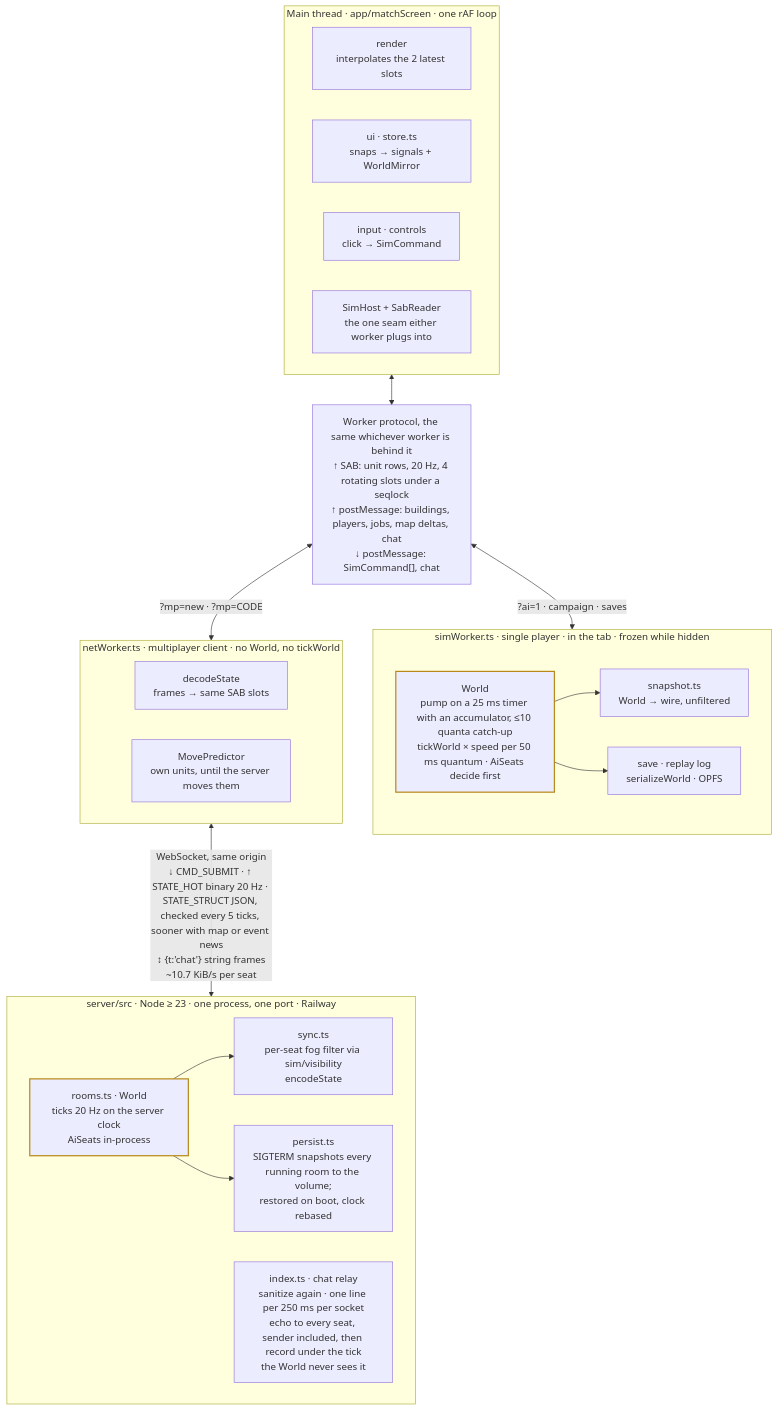
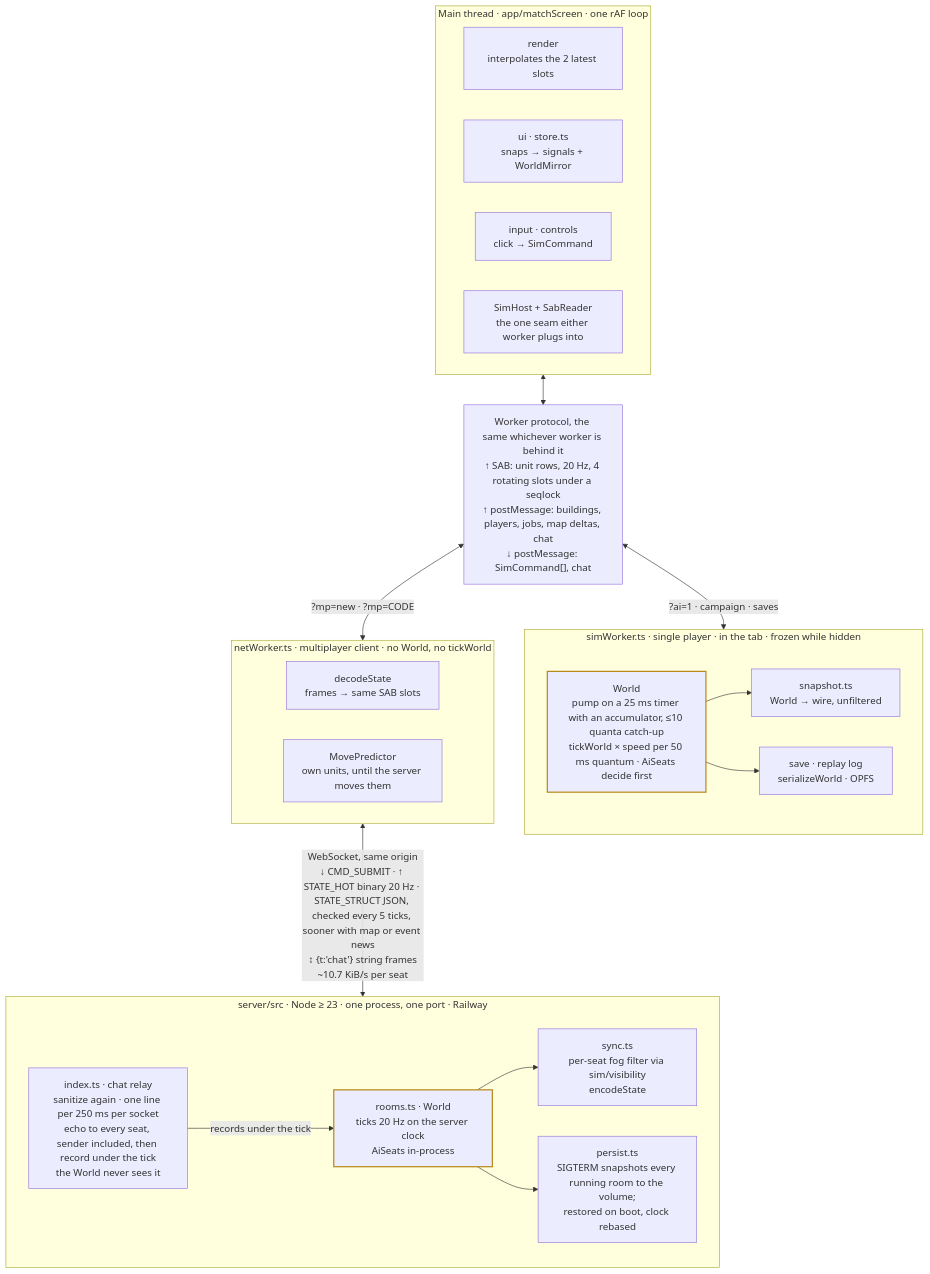
One commit to arv/serf changed the second of 2 diagrams in docs/architecture.md. Above: the diagram before and after it, drawn with Mermaid. The commit also changed other lines of this file and 1 other file, not shown here.

First line of the commit message:
docs(architecture): a self-review pass, and a pointer from the README

````diff
--- a/docs/architecture.md
+++ b/docs/architecture.md
@@ -113,42 +113,43 @@
 ```mermaid
 flowchart TB
   subgraph main["Main thread · app/matchScreen · one rAF loop"]
     direction LR
     render["render<br/>interpolates the 2 latest slots"]
     uistore["ui · store.ts<br/>snaps → signals + WorldMirror"]
     controls["input · controls<br/>click → SimCommand"]
     host["SimHost + SabReader<br/>the one seam either worker plugs into"]
   end
   wire["Worker protocol, the same whichever worker is behind it<br/>↑ SAB: unit rows, 20 Hz, 4 rotating slots under a seqlock<br/>↑ postMessage: buildings, players, jobs, map deltas, chat<br/>↓ postMessage: SimCommand[], chat"]
   main <--> wire
 
   subgraph solo["simWorker.ts · single player · in the tab · frozen while hidden"]
     world1["World<br/>pump on a 25 ms timer with an accumulator, ≤10 quanta catch-up<br/>tickWorld × speed per 50 ms quantum · AiSeats decide first"]
     snap["snapshot.ts<br/>World → wire, unfiltered"]
     save["save · replay log<br/>serializeWorld · OPFS"]
     world1 --> snap
     world1 --> save
   end
   wire <-- "?ai=1 · campaign · saves" --> solo
 
   subgraph mp["netWorker.ts · multiplayer client · no World, no tickWorld"]
     direction LR
     decode["decodeState<br/>frames → same SAB slots"]
     predict["MovePredictor<br/>own units, until the server moves them"]
   end
   wire <-- "?mp=new · ?mp=CODE" --> mp
 
   subgraph srv["server/src · Node ≥ 23 · one process, one port · Railway"]
     direction LR
     rooms["rooms.ts · World<br/>ticks 20 Hz on the server clock<br/>AiSeats in-process"]
     sync["sync.ts<br/>per-seat fog filter via sim/visibility<br/>encodeState"]
     persist["persist.ts<br/>SIGTERM snapshots every running room to the volume;<br/>restored on boot, clock rebased"]
     relay["index.ts · chat relay<br/>sanitize again · one line per 250 ms per socket<br/>echo to every seat, sender included, then record under the tick<br/>the World never sees it"]
     rooms --> sync
     rooms --> persist
+    relay -- "records under the tick" --> rooms
   end
   mp <-- "WebSocket, same origin<br/>↓ CMD_SUBMIT · ↑ STATE_HOT binary 20 Hz · STATE_STRUCT JSON, checked every 5 ticks, sooner with map or event news<br/>↕ {t:'chat'} string frames<br/>~10.7 KiB/s per seat" --> srv
 
   style world1 stroke:#b8891a,stroke-width:2px
   style rooms stroke:#b8891a,stroke-width:2px
 ```
````
